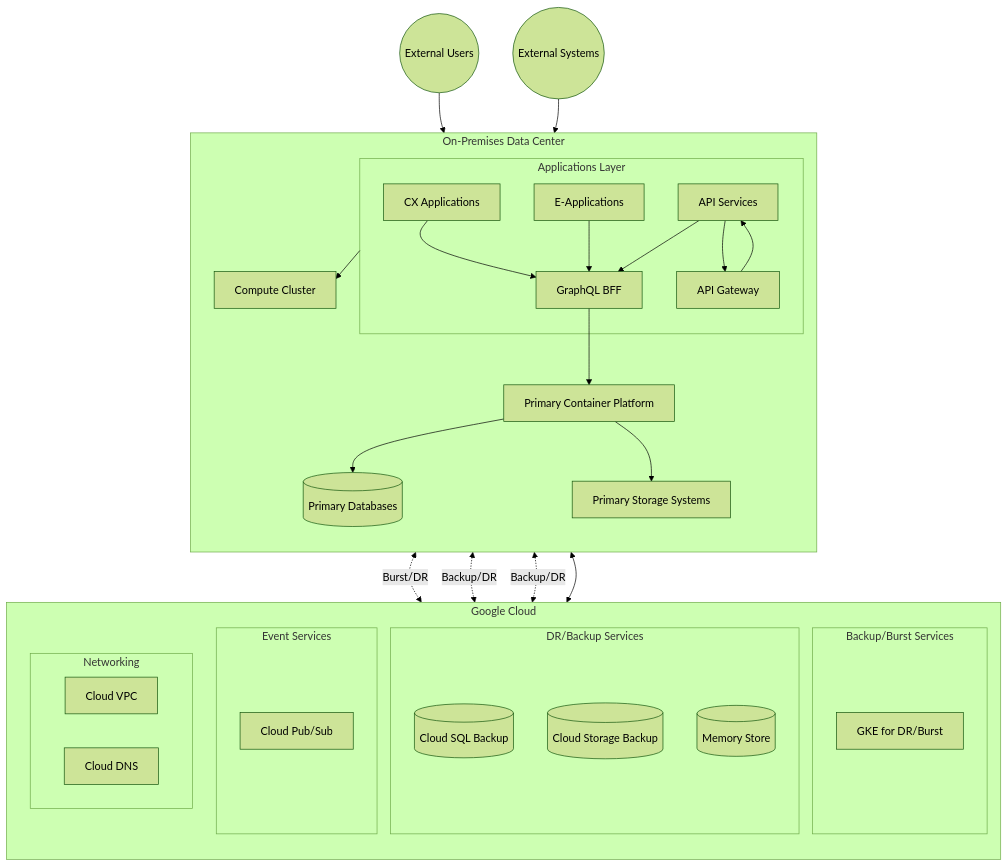
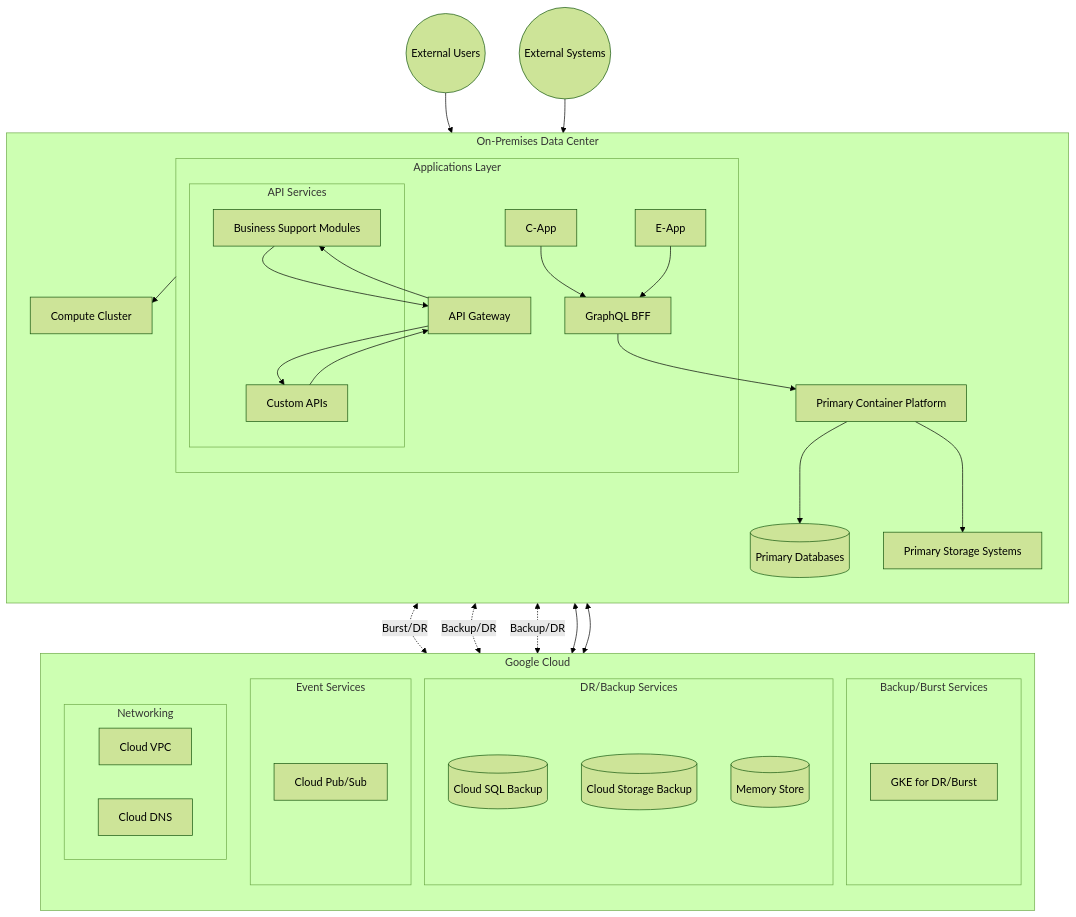
Before and after one commit to henryrestive/infra-docs: the diagram in GCP-HybridCloud.md, drawn with Mermaid (forest theme). The commit also changed other lines of this file and 2 other files, not shown here.

Commit message:
Rename components to match with Customer's requirements

````diff
--- a/GCP-HybridCloud.md
+++ b/GCP-HybridCloud.md
@@ -8,57 +8,61 @@
 ```mermaid
 graph TB
     subgraph OnPrem[On-Premises Data Center]
         direction TB
         subgraph Apps[Applications Layer]
-            CX[CX Applications]
-            EApp[E-Applications]
-            API[API Services]
+            CApp[C-App]
+            EApp[E-App]
+            subgraph API[API Services]
+                BSM[Business Support Modules]
+                CustomAPI[Custom APIs]
+            end
             BFF[GraphQL BFF]
             Gateway[API Gateway]
         end
         
         ContainerPlatform[Primary Container Platform]
         PrimaryDB[(Primary Databases)]
         PrimaryStorage[Primary Storage Systems]
         ComputeCluster[Compute Cluster]
     end
 
     subgraph GCP[Google Cloud]
         direction TB
         subgraph Compute[Backup/Burst Services]
             GKE[GKE for DR/Burst]
         end
         
         subgraph Data[DR/Backup Services]
             CloudSQL[(Cloud SQL Backup)]
             CloudStorage[(Cloud Storage Backup)]
             MemoryStore[(Memory Store)]
         end
         
         subgraph Messaging[Event Services]
             PubSub[Cloud Pub/Sub]
         end
         
         subgraph Network[Networking]
             VPC[Cloud VPC]
             CloudDNS[Cloud DNS]
         end
     end
 
     ExternalUsers((External Users))
     ExternalSystems((External Systems))
 
-    CX & EApp & API --> BFF
-    API --> Gateway
-    Gateway --> API
+    CApp & EApp --> BFF
+    BSM & CustomAPI --> Gateway
+    Gateway --> BSM
+    Gateway --> CustomAPI
     ExternalUsers --> Gateway
     ExternalSystems --> Gateway
     BFF --> ContainerPlatform
     ContainerPlatform --> PrimaryDB
     ContainerPlatform --> PrimaryStorage
     Apps --> ComputeCluster
     ContainerPlatform <-.->|Burst/DR| GKE
     PrimaryDB <-.->|Backup/DR| CloudSQL
     PrimaryStorage <-.->|Backup/DR| CloudStorage
-    API <--> PubSub
+    BSM & CustomAPI <--> PubSub
 ```
````
